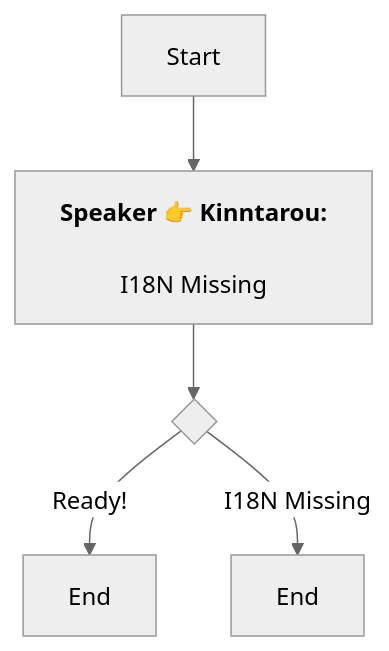
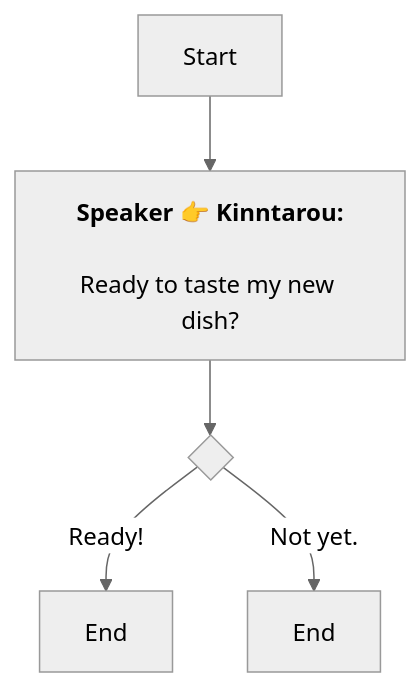
Before and after one commit to SoftHu/tos_avg: the diagram in En/QuestTalkObjectiveNode_1757653813027427.md, drawn with Mermaid (neutral theme). The commit also changed 199 other files, not shown here.

````diff
--- a/En/QuestTalkObjectiveNode_1757653813027427.md
+++ b/En/QuestTalkObjectiveNode_1757653813027427.md
@@ -1,10 +1,10 @@
 ```mermaid
 graph
 Start -->1757654079816294[<b>Speaker 👉 Kinntarou:</b>
 
-I18N Missing]
+Ready to taste my new dish?]
 1757654079816294 -->1757654099408487{ }
 1757654099408487 -->|Ready!|1757655003113068[End]
-1757654099408487 -->|I18N Missing|1757655008383597[End]
+1757654099408487 -->|Not yet.|1757655008383597[End]
 
  ```
````
